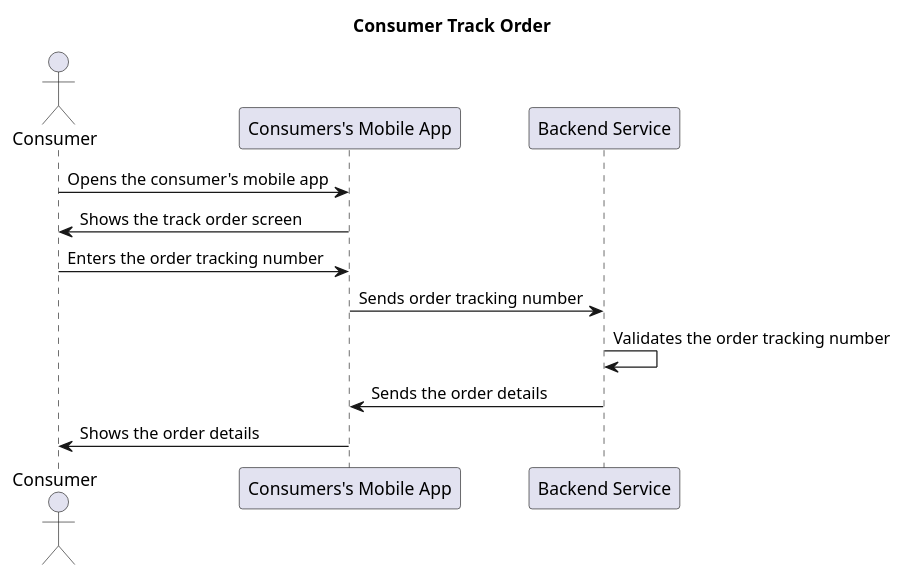
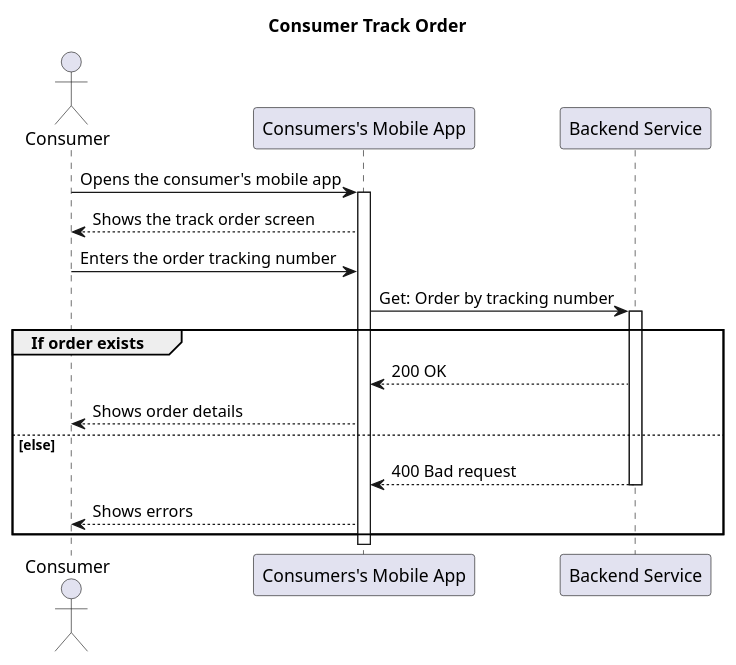
One commit to EasyDropEt/ed-domain changed the diagram in documentation/sequence-diagrams/consumer/track_order.puml. Above: the diagram before and after it, drawn with PlantUML. The commit also changed 20 other files, not shown here.

Commit message:
Work on class & sequence diagrams

```diff
--- a/documentation/sequence-diagrams/consumer/track_order.puml
+++ b/documentation/sequence-diagrams/consumer/track_order.puml
@@ -1,18 +1,22 @@
 @startuml
 
 title "Consumer Track Order"
 
 actor Consumer as C
 
 participant "Consumers's Mobile App" as App
 participant "Backend Service" as Backend
 
-C -> App: Opens the consumer's mobile app
-App -> C: Shows the track order screen
+C -> App ++: Opens the consumer's mobile app
+C <-- App: Shows the track order screen
 C -> App: Enters the order tracking number
-App -> Backend: Sends order tracking number
-Backend -> Backend: Validates the order tracking number
-Backend -> App: Sends the order details
-App -> C: Shows the order details
+App -> Backend ++: Get: Order by tracking number
+group If order exists
+  App <-- Backend: 200 OK
+  C <-- App: Shows order details
+else else
+  App <-- Backend --: 400 Bad request 
+  C <-- App: Shows errors
+end
 
 @enduml
```
